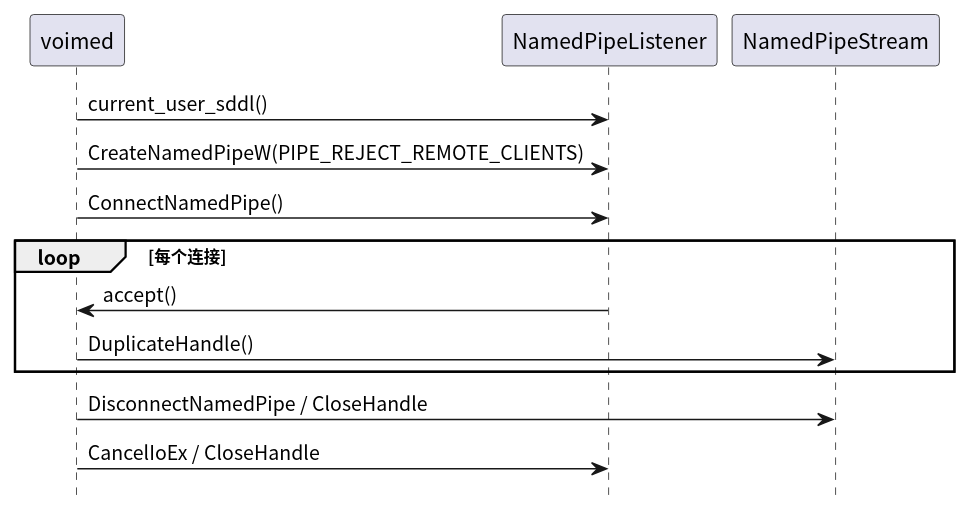
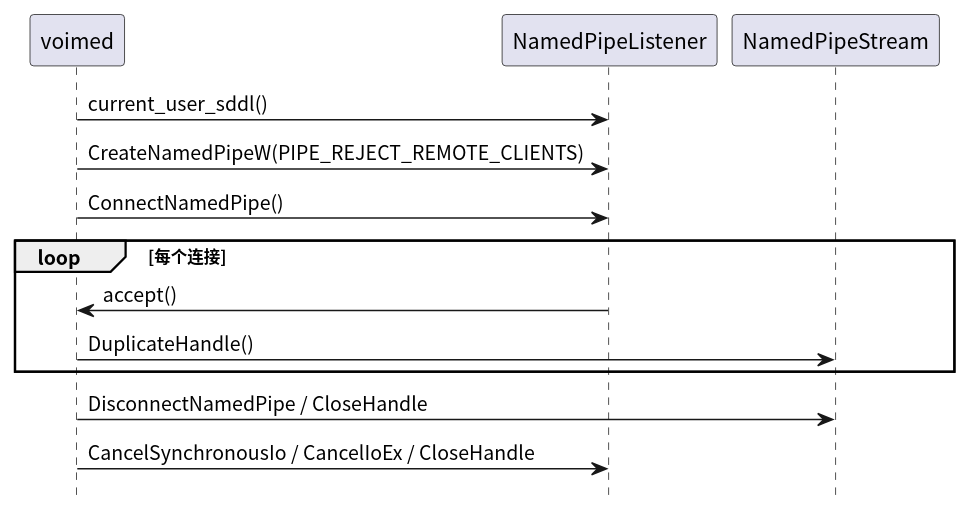
One commit to 54m43lJ/voime changed the diagram in crates/voime-transport/diagram/named-pipe.puml. Above: the diagram before and after it, drawn with PlantUML. The commit also changed 21 other files, not shown here.

```diff
--- a/crates/voime-transport/diagram/named-pipe.puml
+++ b/crates/voime-transport/diagram/named-pipe.puml
@@ -1,21 +1,21 @@
 @startuml
 skinparam defaultFontName "Noto Sans CJK SC"
 skinparam shadowing false
 hide footbox
 
 participant "voimed" as Daemon
 participant "NamedPipeListener" as Listener
 participant "NamedPipeStream" as Stream
 
 Daemon -> Listener : current_user_sddl()
 Daemon -> Listener : CreateNamedPipeW(PIPE_REJECT_REMOTE_CLIENTS)
 Daemon -> Listener : ConnectNamedPipe()
 
 loop 每个连接
   Listener -> Daemon : accept()
   Daemon -> Stream : DuplicateHandle()
 end
 
 Daemon -> Stream : DisconnectNamedPipe / CloseHandle
-Daemon -> Listener : CancelIoEx / CloseHandle
+Daemon -> Listener : CancelSynchronousIo / CancelIoEx / CloseHandle
 @enduml
```
